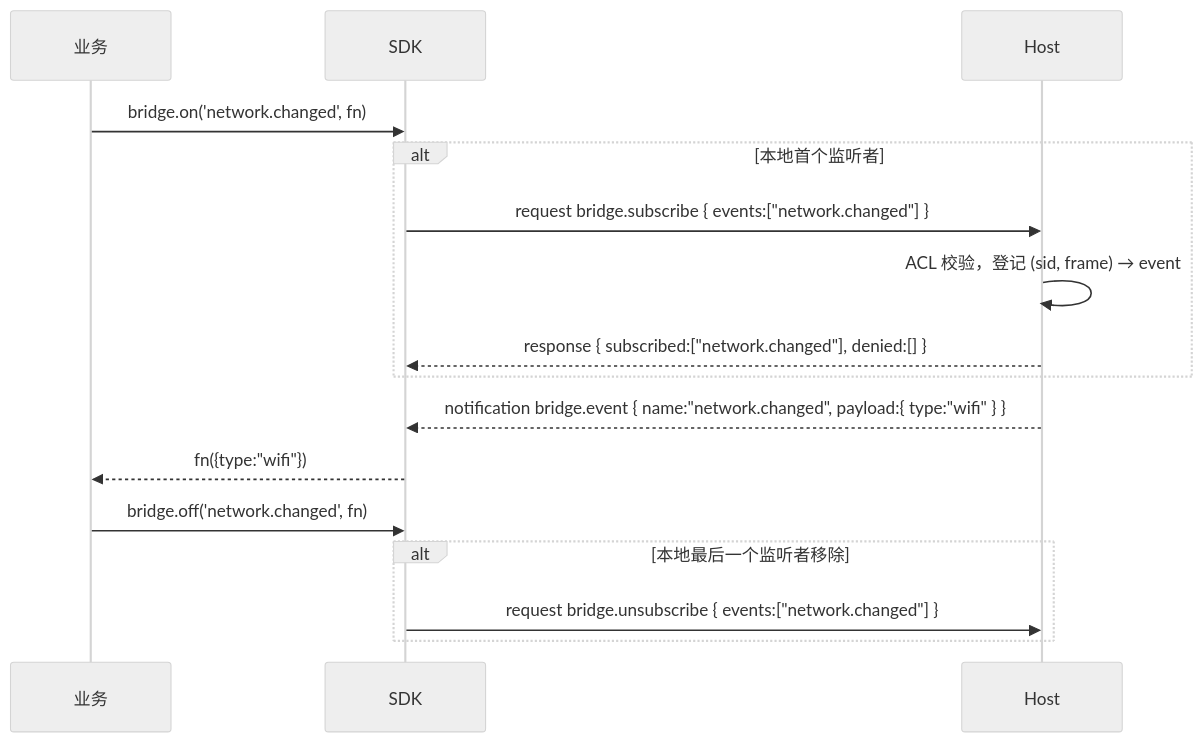
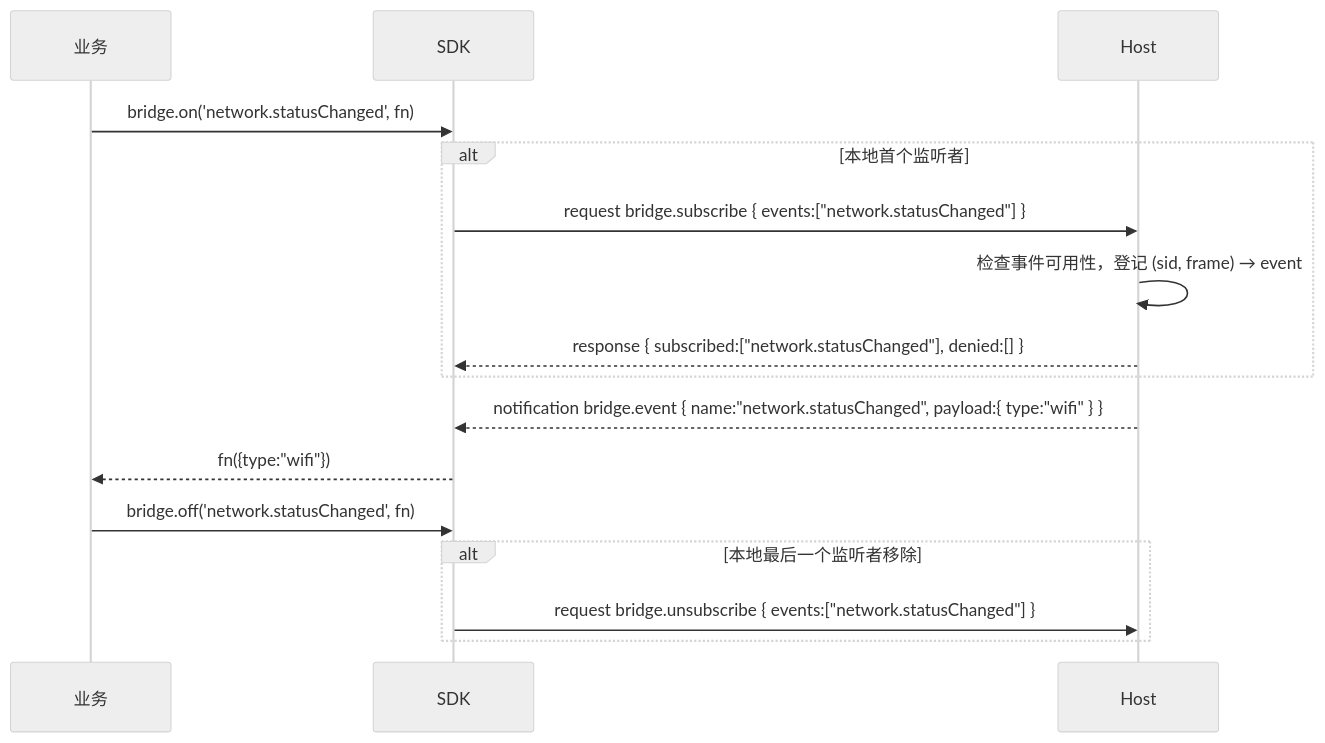
The fifth of 6 diagrams in docs/protocol.md (Josp3r/open-jsbridge), drawn with Mermaid (neutral theme) before and after one commit. The commit also changed other lines of this file and 62 other files, not shown here.

````diff
--- a/docs/protocol.md
+++ b/docs/protocol.md
@@ -378,18 +379,18 @@
 ```mermaid
 sequenceDiagram
   participant B as 业务
   participant S as SDK
   participant H as Host
-  B->>S: bridge.on('network.changed', fn)
+  B->>S: bridge.on('network.statusChanged', fn)
   alt 本地首个监听者
-    S->>H: request bridge.subscribe { events:["network.changed"] }
-    H->>H: ACL 校验，登记 (sid, frame) → event
-    H-->>S: response { subscribed:["network.changed"], denied:[] }
+    S->>H: request bridge.subscribe { events:["network.statusChanged"] }
+    H->>H: 检查事件可用性，登记 (sid, frame) → event
+    H-->>S: response { subscribed:["network.statusChanged"], denied:[] }
   end
-  H-->>S: notification bridge.event { name:"network.changed", payload:{ type:"wifi" } }
+  H-->>S: notification bridge.event { name:"network.statusChanged", payload:{ type:"wifi" } }
   S-->>B: fn({type:"wifi"})
-  B->>S: bridge.off('network.changed', fn)
+  B->>S: bridge.off('network.statusChanged', fn)
   alt 本地最后一个监听者移除
-    S->>H: request bridge.unsubscribe { events:["network.changed"] }
+    S->>H: request bridge.unsubscribe { events:["network.statusChanged"] }
   end
 ```
````
